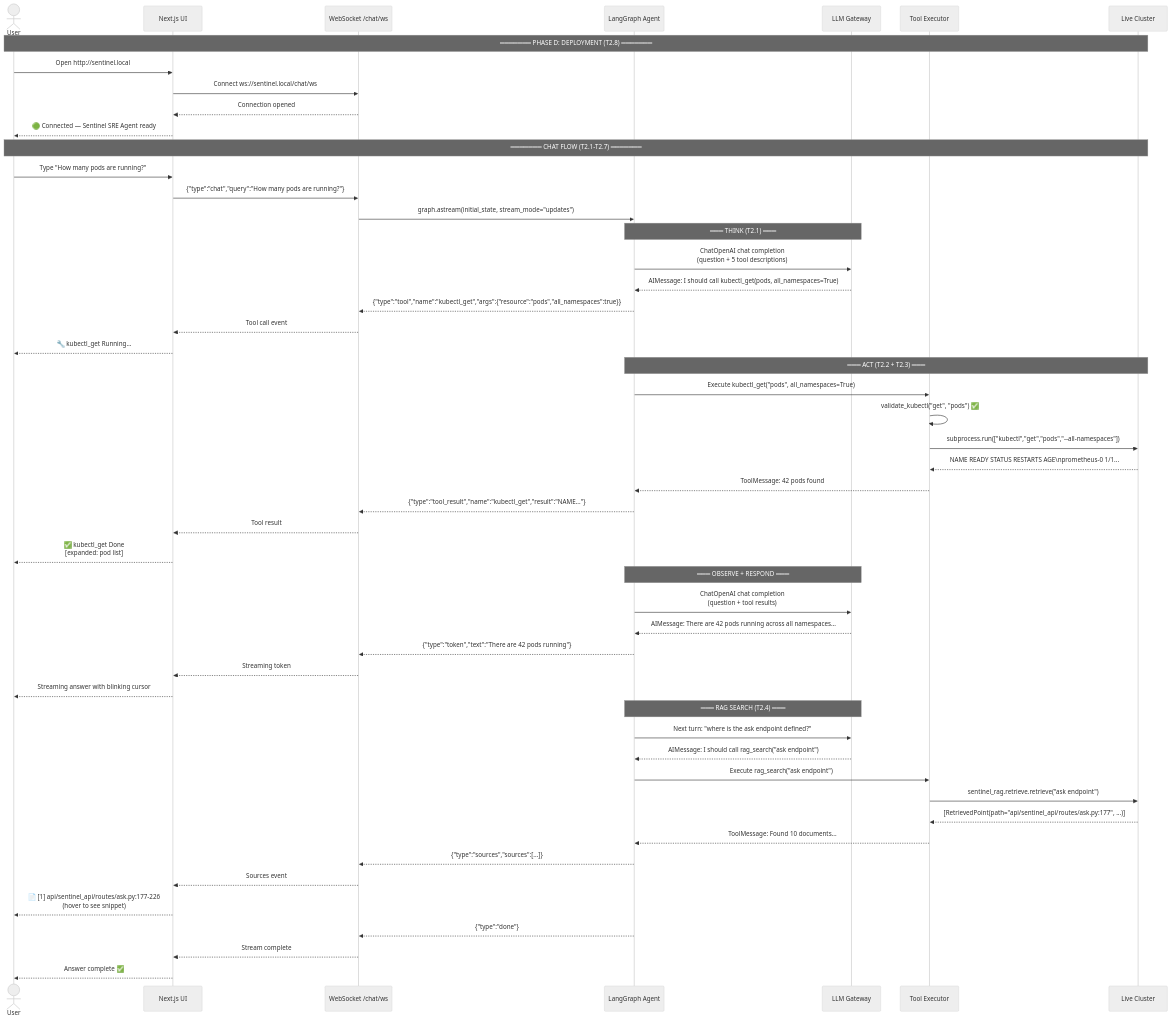
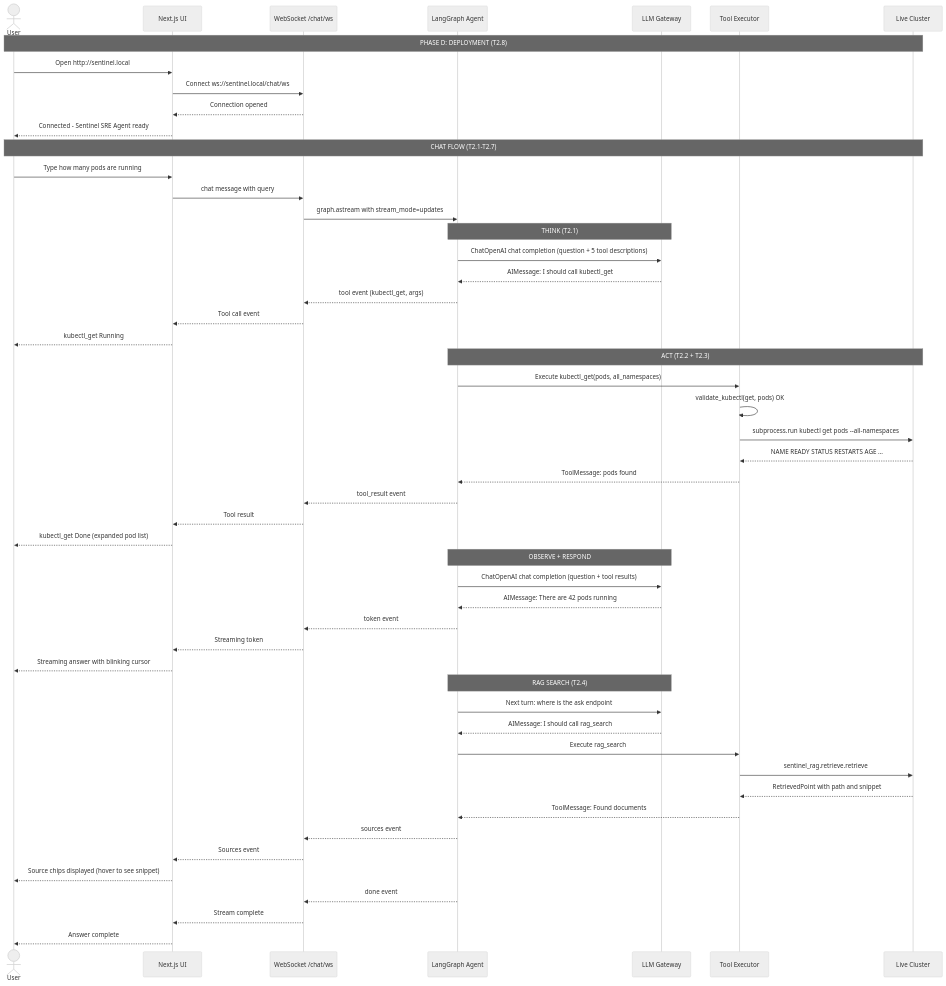
Diagram 28 of 29 in docs/PHASE2_EXPLAINED.md (yessine15/sentinel), drawn with Mermaid (neutral theme) before and after one commit. The commit also changed other lines of this file, not shown here.

First line of the commit message:
docs: fix all mermaid v11.15.0 syntax errors in Phase 2 guide

````diff
--- a/docs/PHASE2_EXPLAINED.md
+++ b/docs/PHASE2_EXPLAINED.md
@@ -1114,63 +1102,63 @@
 ```mermaid
 sequenceDiagram
     actor User
     participant Browser as Next.js UI
     participant WS as WebSocket /chat/ws
     participant Graph as LangGraph Agent
     participant LLM as LLM Gateway
     participant Tools as Tool Executor
     participant Cluster as Live Cluster
 
-    Note over User,Cluster: ═══════ PHASE D: DEPLOYMENT (T2.8) ═══════
+    Note over User,Cluster: PHASE D: DEPLOYMENT (T2.8)
 
     User->>Browser: Open http://sentinel.local
     Browser->>WS: Connect ws://sentinel.local/chat/ws
     WS-->>Browser: Connection opened
-    Browser-->>User: 🟢 Connected — Sentinel SRE Agent ready
+    Browser-->>User: Connected - Sentinel SRE Agent ready
 
-    Note over User,Cluster: ═══════ CHAT FLOW (T2.1-T2.7) ═══════
+    Note over User,Cluster: CHAT FLOW (T2.1-T2.7)
 
-    User->>Browser: Type "How many pods are running?"
-    Browser->>WS: {"type":"chat","query":"How many pods are running?"}
+    User->>Browser: Type how many pods are running
+    Browser->>WS: chat message with query
 
-    WS->>Graph: graph.astream(initial_state, stream_mode="updates")
+    WS->>Graph: graph.astream with stream_mode=updates
 
-    Note over Graph,LLM: ═══ THINK (T2.1) ═══
-    Graph->>LLM: ChatOpenAI chat completion<br/>(question + 5 tool descriptions)
-    LLM-->>Graph: AIMessage: I should call kubectl_get(pods, all_namespaces=True)
-    Graph-->>WS: {"type":"tool","name":"kubectl_get","args":{"resource":"pods","all_namespaces":true}}
+    Note over Graph,LLM: THINK (T2.1)
+    Graph->>LLM: ChatOpenAI chat completion (question + 5 tool descriptions)
+    LLM-->>Graph: AIMessage: I should call kubectl_get
+    Graph-->>WS: tool event (kubectl_get, args)
     WS-->>Browser: Tool call event
-    Browser-->>User: 🔧 kubectl_get  Running…
+    Browser-->>User: kubectl_get Running
 
-    Note over Graph,Cluster: ═══ ACT (T2.2 + T2.3) ═══
-    Graph->>Tools: Execute kubectl_get("pods", all_namespaces=True)
-    Tools->>Tools: validate_kubectl("get", "pods") ✅
-    Tools->>Cluster: subprocess.run(["kubectl","get","pods","--all-namespaces"])
-    Cluster-->>Tools: NAME  READY  STATUS  RESTARTS  AGE\nprometheus-0  1/1...
-    Tools-->>Graph: ToolMessage: 42 pods found
-    Graph-->>WS: {"type":"tool_result","name":"kubectl_get","result":"NAME..."}
+    Note over Graph,Cluster: ACT (T2.2 + T2.3)
+    Graph->>Tools: Execute kubectl_get(pods, all_namespaces)
+    Tools->>Tools: validate_kubectl(get, pods) OK
+    Tools->>Cluster: subprocess.run kubectl get pods --all-namespaces
+    Cluster-->>Tools: NAME READY STATUS RESTARTS AGE ...
+    Tools-->>Graph: ToolMessage: pods found
+    Graph-->>WS: tool_result event
     WS-->>Browser: Tool result
-    Browser-->>User: ✅ kubectl_get  Done<br/>[expanded: pod list]
+    Browser-->>User: kubectl_get Done (expanded pod list)
 
-    Note over Graph,LLM: ═══ OBSERVE + RESPOND ═══
-    Graph->>LLM: ChatOpenAI chat completion<br/>(question + tool results)
-    LLM-->>Graph: AIMessage: There are 42 pods running across all namespaces...
-    Graph-->>WS: {"type":"token","text":"There are 42 pods running"}
+    Note over Graph,LLM: OBSERVE + RESPOND
+    Graph->>LLM: ChatOpenAI chat completion (question + tool results)
+    LLM-->>Graph: AIMessage: There are 42 pods running
+    Graph-->>WS: token event
     WS-->>Browser: Streaming token
     Browser-->>User: Streaming answer with blinking cursor
 
-    Note over Graph,LLM: ═══ RAG SEARCH (T2.4) ═══
-    Graph->>LLM: Next turn: "where is the ask endpoint defined?"
-    LLM-->>Graph: AIMessage: I should call rag_search("ask endpoint")
-    Graph->>Tools: Execute rag_search("ask endpoint")
-    Tools->>Cluster: sentinel_rag.retrieve.retrieve("ask endpoint")
-    Cluster-->>Tools: [RetrievedPoint(path="api/sentinel_api/routes/ask.py:177", ...)]
-    Tools-->>Graph: ToolMessage: Found 10 documents...
-    Graph-->>WS: {"type":"sources","sources":[...]}
+    Note over Graph,LLM: RAG SEARCH (T2.4)
+    Graph->>LLM: Next turn: where is the ask endpoint
+    LLM-->>Graph: AIMessage: I should call rag_search
+    Graph->>Tools: Execute rag_search
+    Tools->>Cluster: sentinel_rag.retrieve.retrieve
+    Cluster-->>Tools: RetrievedPoint with path and snippet
+    Tools-->>Graph: ToolMessage: Found documents
+    Graph-->>WS: sources event
     WS-->>Browser: Sources event
-    Browser-->>User: 📄 [1] api/sentinel_api/routes/ask.py:177-226<br/>(hover to see snippet)
+    Browser-->>User: Source chips displayed (hover to see snippet)
 
-    Graph-->>WS: {"type":"done"}
+    Graph-->>WS: done event
     WS-->>Browser: Stream complete
-    Browser-->>User: Answer complete ✅
+    Browser-->>User: Answer complete
 ```
````
